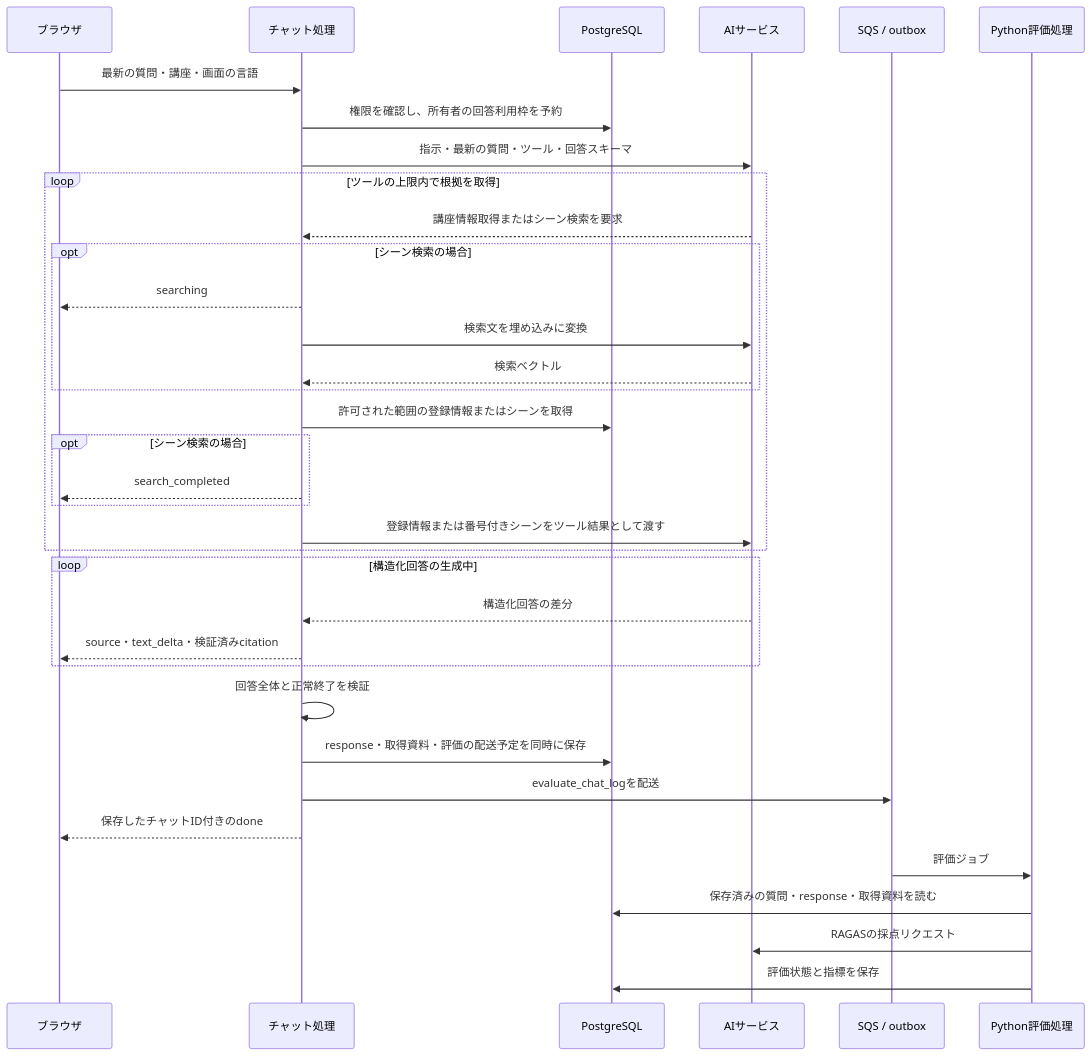
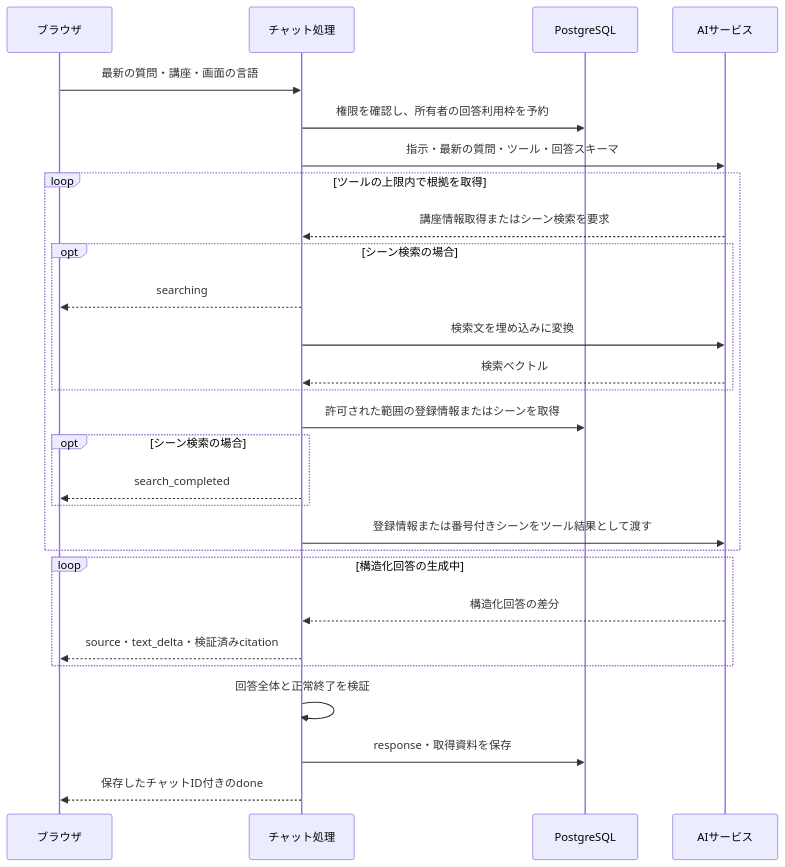
One commit to yukiharada1228/videoq changed the third of 3 diagrams in apps/docs/i18n/ja/docusaurus-plugin-content-docs/current/design/sequence-diagram.md. Above: the diagram before and after it, drawn with Mermaid. The commit also changed other lines of this file and 121 other files, not shown here.

````diff
--- a/apps/docs/i18n/ja/docusaurus-plugin-content-docs/current/design/sequence-diagram.md
+++ b/apps/docs/i18n/ja/docusaurus-plugin-content-docs/current/design/sequence-diagram.md
@@ -54,37 +54,30 @@
 ```mermaid
 sequenceDiagram
     participant User as ブラウザ
     participant API as チャット処理
     participant DB as PostgreSQL
     participant AI as AIサービス
-    participant Queue as SQS / outbox
-    participant Worker as Python評価処理
     User->>API: 最新の質問・講座・画面の言語
     API->>DB: 権限を確認し、所有者の回答利用枠を予約
     API->>AI: 指示・最新の質問・ツール・回答スキーマ
     loop ツールの上限内で根拠を取得
         AI-->>API: 講座情報取得またはシーン検索を要求
         opt シーン検索の場合
             API-->>User: searching
             API->>AI: 検索文を埋め込みに変換
             AI-->>API: 検索ベクトル
         end
         API->>DB: 許可された範囲の登録情報またはシーンを取得
         opt シーン検索の場合
             API-->>User: search_completed
         end
         API->>AI: 登録情報または番号付きシーンをツール結果として渡す
     end
     loop 構造化回答の生成中
         AI-->>API: 構造化回答の差分
         API-->>User: source・text_delta・検証済みcitation
     end
     API->>API: 回答全体と正常終了を検証
-    API->>DB: response・取得資料・評価の配送予定を同時に保存
-    API->>Queue: evaluate_chat_logを配送
+    API->>DB: response・取得資料を保存
     API-->>User: 保存したチャットID付きのdone
-    Queue->>Worker: 評価ジョブ
-    Worker->>DB: 保存済みの質問・response・取得資料を読む
-    Worker->>AI: RAGASの採点リクエスト
-    Worker->>DB: 評価状態と指標を保存
 ```
````
